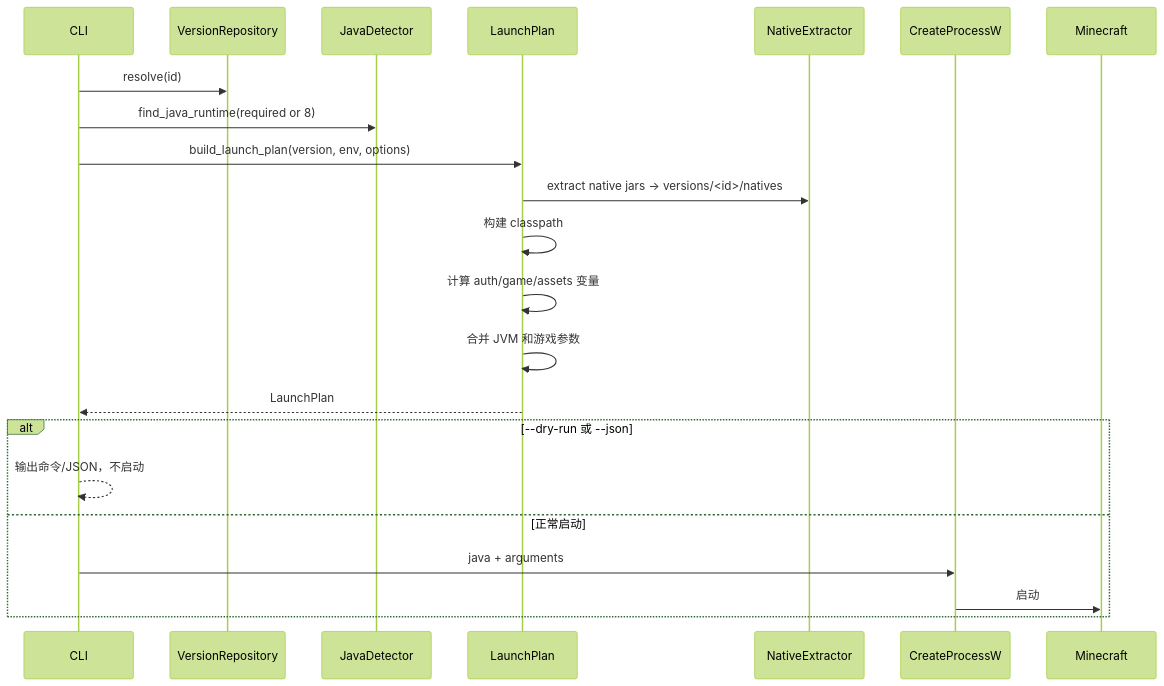
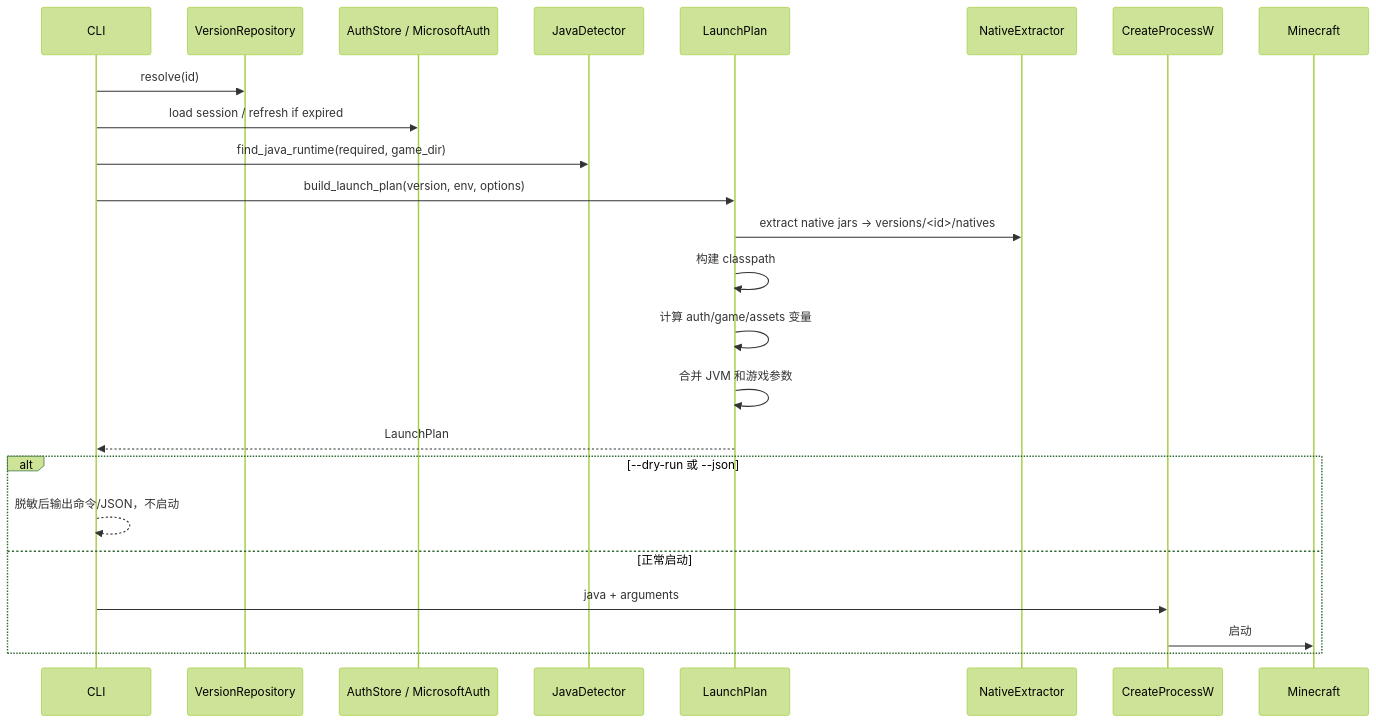
Before and after one commit to yyfdfsyyf-source/AuroraLauncher: the fifth of 7 diagrams in ARCHITECTURE.md, drawn with Mermaid (forest theme). The commit also changed other lines of this file and 16 other files, not shown here.

````diff
--- a/ARCHITECTURE.md
+++ b/ARCHITECTURE.md
@@ -195,25 +239,27 @@
 ```mermaid
 sequenceDiagram
     participant CLI
     participant Repo as VersionRepository
+    participant Auth as AuthStore / MicrosoftAuth
     participant Java as JavaDetector
     participant Launch as LaunchPlan
     participant Native as NativeExtractor
     participant Exec as CreateProcessW
     participant Game as Minecraft
 
     CLI->>Repo: resolve(id)
-    CLI->>Java: find_java_runtime(required or 8)
+    CLI->>Auth: load session / refresh if expired
+    CLI->>Java: find_java_runtime(required, game_dir)
     CLI->>Launch: build_launch_plan(version, env, options)
     Launch->>Native: extract native jars -> versions/<id>/natives
     Launch->>Launch: 构建 classpath
     Launch->>Launch: 计算 auth/game/assets 变量
     Launch->>Launch: 合并 JVM 和游戏参数
     Launch-->>CLI: LaunchPlan
     alt --dry-run 或 --json
-        CLI-->>CLI: 输出命令/JSON，不启动
+        CLI-->>CLI: 脱敏后输出命令/JSON，不启动
     else 正常启动
         CLI->>Exec: java + arguments
         Exec->>Game: 启动
     end
 ```
````
